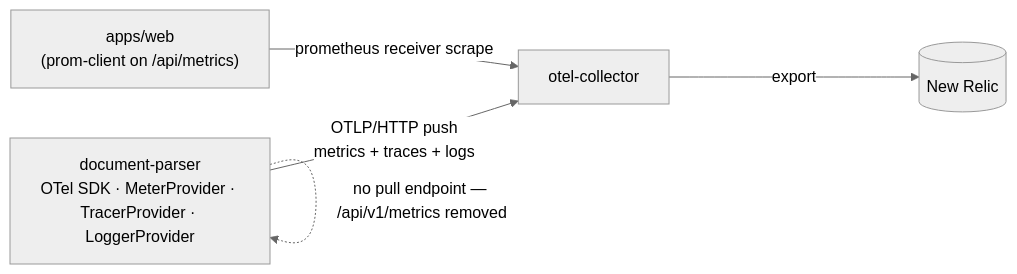
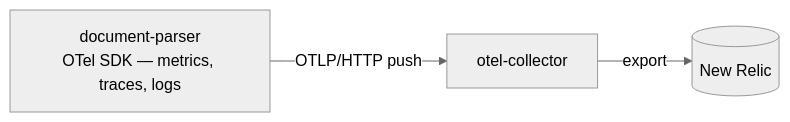
Before and after one commit to kunalPisolkar24/detectAI: the diagram in services/document-parser/specification/observability.md, drawn with Mermaid (neutral theme). The commit also changed other lines of this file, not shown here.

Commit message:
Scope document-parser observability diagram to its own telemetry

````diff
--- a/services/document-parser/specification/observability.md
+++ b/services/document-parser/specification/observability.md
@@ -11,10 +11,8 @@
 ```mermaid
 flowchart LR
-    dp["document-parser<br/>OTel SDK · MeterProvider · TracerProvider · LoggerProvider"]
+    dp["document-parser<br/>OTel SDK — metrics, traces, logs"]
     coll["otel-collector"]
     nr[("New Relic")]
-    dp -- "OTLP/HTTP push<br/>metrics + traces + logs" --> coll
+    dp -- "OTLP/HTTP push" --> coll
     coll -- "export" --> nr
-    web["apps/web<br/>(prom-client on /api/metrics)"] -- "prometheus receiver scrape" --> coll
-    dp -. "no pull endpoint — /api/v1/metrics removed" .-> dp
 ```
````
